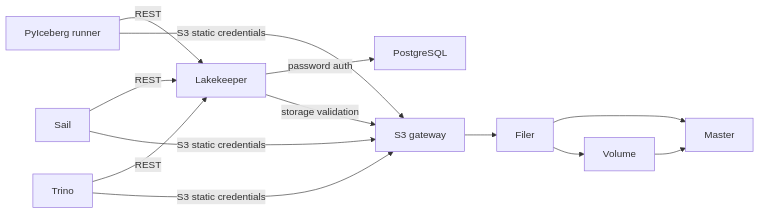
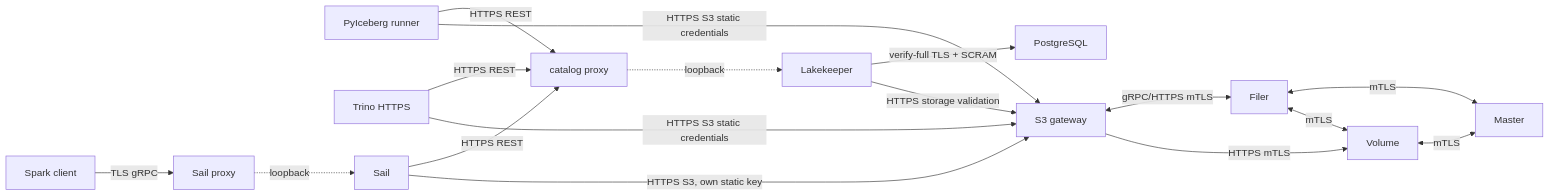
One commit to datopsis/lakehouse-integration changed the first of 2 diagrams in docs/ARCHITECTURE.md. Above: the diagram before and after it, drawn with Mermaid. The commit also changed other lines of this file and 30 other files, not shown here.

````diff
--- a/docs/ARCHITECTURE.md
+++ b/docs/ARCHITECTURE.md
@@ -26,15 +26,19 @@
 ```mermaid
 flowchart LR
-  P[PyIceberg runner] -->|REST| L[Lakekeeper]
-  T[Trino] -->|REST| L
-  A[Sail] -->|REST| L
-  A -->|S3 static credentials| S
-  L -->|password auth| DB[PostgreSQL]
-  P -->|S3 static credentials| S[S3 gateway]
-  T -->|S3 static credentials| S
-  L -->|storage validation| S
-  S --> F[Filer]
-  F --> M[Master]
-  F --> V[Volume]
-  V --> M
+  P[PyIceberg runner] -->|HTTPS REST| CP[catalog proxy]
+  T[Trino HTTPS] -->|HTTPS REST| CP
+  A[Sail] -->|HTTPS REST| CP
+  CP -.->|loopback| L[Lakekeeper]
+  R[Spark client] -->|TLS gRPC| AP[Sail proxy]
+  AP -.->|loopback| A
+  A -->|HTTPS S3, own static key| S
+  L -->|verify-full TLS + SCRAM| DB[PostgreSQL]
+  P -->|HTTPS S3 static credentials| S[S3 gateway]
+  T -->|HTTPS S3 static credentials| S
+  L -->|HTTPS storage validation| S
+  S <-->|gRPC/HTTPS mTLS| F[Filer]
+  S -->|HTTPS mTLS| V
+  F <-->|mTLS| M[Master]
+  F <-->|mTLS| V[Volume]
+  V <-->|mTLS| M
 ```
````
